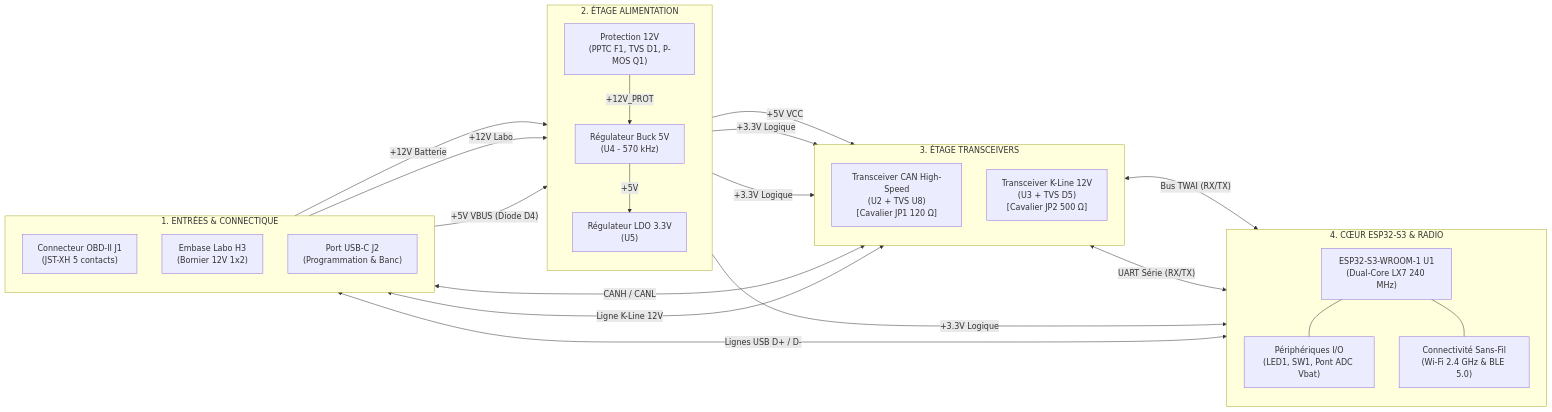
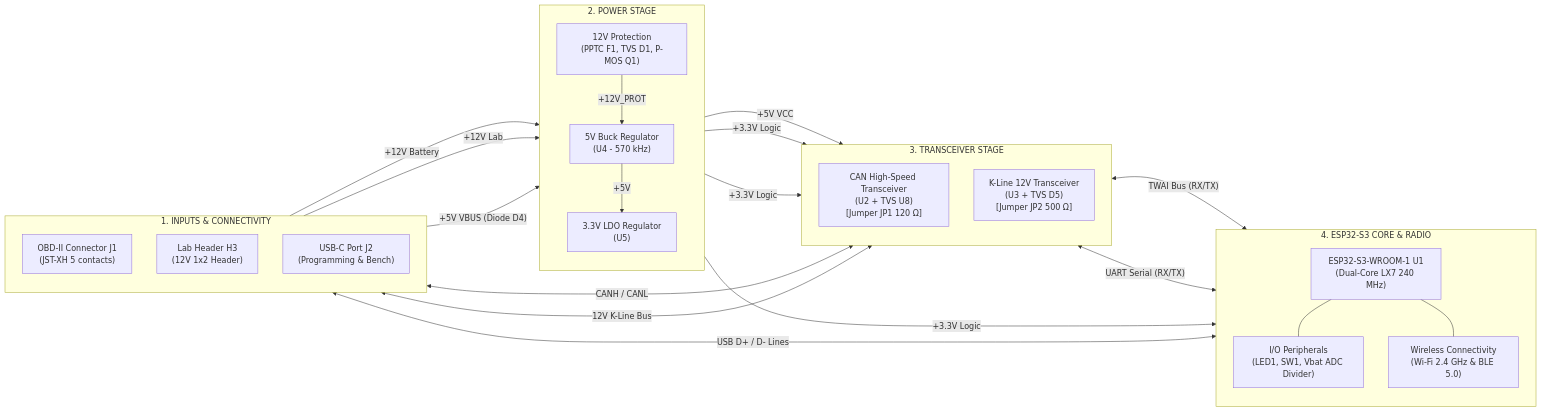
Before and after one commit to nitrogene/OBD2: the diagram in readme.md, drawn with Mermaid. The commit also changed other lines of this file and 20 other files, not shown here.

````diff
--- a/readme.md
+++ b/readme.md
@@ -170,49 +170,62 @@
 ```mermaid
 flowchart LR
-    subgraph IN["1. ENTRÉES & CONNECTIQUE"]
+    subgraph IN["1. INPUTS & CONNECTIVITY"]
         direction TB
-        J1["Connecteur OBD-II J1\n(JST-XH 5 contacts)"]
-        H3["Embase Labo H3\n(Bornier 12V 1x2)"]
-        J2["Port USB-C J2\n(Programmation & Banc)"]
+        J1["OBD-II Connector J1
+(JST-XH 5 contacts)"]
+        H3["Lab Header H3
+(12V 1x2 Header)"]
+        J2["USB-C Port J2
+(Programming & Bench)"]
     end
 
-    subgraph PWR["2. ÉTAGE ALIMENTATION"]
+    subgraph PWR["2. POWER STAGE"]
         direction TB
-        PROT["Protection 12V\n(PPTC F1, TVS D1, P-MOS Q1)"]
-        BUCK["Régulateur Buck 5V\n(U4 - 570 kHz)"]
-        LDO["Régulateur LDO 3.3V\n(U5)"]
+        PROT["12V Protection
+(PPTC F1, TVS D1, P-MOS Q1)"]
+        BUCK["5V Buck Regulator
+(U4 - 570 kHz)"]
+        LDO["3.3V LDO Regulator
+(U5)"]
         PROT -->|"+12V_PROT"| BUCK
         BUCK -->|"+5V"| LDO
     end
 
-    subgraph PHY["3. ÉTAGE TRANSCEIVERS"]
+    subgraph PHY["3. TRANSCEIVER STAGE"]
         direction TB
-        CAN["Transceiver CAN High-Speed\n(U2 + TVS U8)\n[Cavalier JP1 120 Ω]"]
-        KLINE["Transceiver K-Line 12V\n(U3 + TVS D5)\n[Cavalier JP2 500 Ω]"]
+        CAN["CAN High-Speed Transceiver
+(U2 + TVS U8)
+[Jumper JP1 120 Ω]"]
+        KLINE["K-Line 12V Transceiver
+(U3 + TVS D5)
+[Jumper JP2 500 Ω]"]
     end
 
-    subgraph MCU["4. CŒUR ESP32-S3 & RADIO"]
+    subgraph MCU["4. ESP32-S3 CORE & RADIO"]
         direction TB
-        ESP["ESP32-S3-WROOM-1 U1\n(Dual-Core LX7 240 MHz)"]
-        PERIPH["Périphériques I/O\n(LED1, SW1, Pont ADC Vbat)"]
-        RF["Connectivité Sans-Fil\n(Wi-Fi 2.4 GHz & BLE 5.0)"]
+        ESP["ESP32-S3-WROOM-1 U1
+(Dual-Core LX7 240 MHz)"]
+        PERIPH["I/O Peripherals
+(LED1, SW1, Vbat ADC Divider)"]
+        RF["Wireless Connectivity
+(Wi-Fi 2.4 GHz & BLE 5.0)"]
         ESP --- PERIPH
         ESP --- RF
     end
 
-    J1 -->|"+12V Batterie"| PROT
-    H3 -->|"+12V Labo"| PROT
+    J1 -->|"+12V Battery"| PROT
+    H3 -->|"+12V Lab"| PROT
     J2 -->|"+5V VBUS (Diode D4)"| BUCK
 
     BUCK -->|"+5V VCC"| CAN
-    LDO -->|"+3.3V Logique"| CAN
-    LDO -->|"+3.3V Logique"| KLINE
-    LDO -->|"+3.3V Logique"| ESP
+    LDO -->|"+3.3V Logic"| CAN
+    LDO -->|"+3.3V Logic"| KLINE
+    LDO -->|"+3.3V Logic"| ESP
 
     J1 <-->|"CANH / CANL"| CAN
-    J1 <-->|"Ligne K-Line 12V"| KLINE
+    J1 <-->|"12V K-Line Bus"| KLINE
 
-    CAN <-->|"Bus TWAI (RX/TX)"| ESP
-    KLINE <-->|"UART Série (RX/TX)"| ESP
-    J2 <-->|"Lignes USB D+ / D-"| ESP
+    CAN <-->|"TWAI Bus (RX/TX)"| ESP
+    KLINE <-->|"UART Serial (RX/TX)"| ESP
+    J2 <-->|"USB D+ / D- Lines"| ESP
 ```
````
